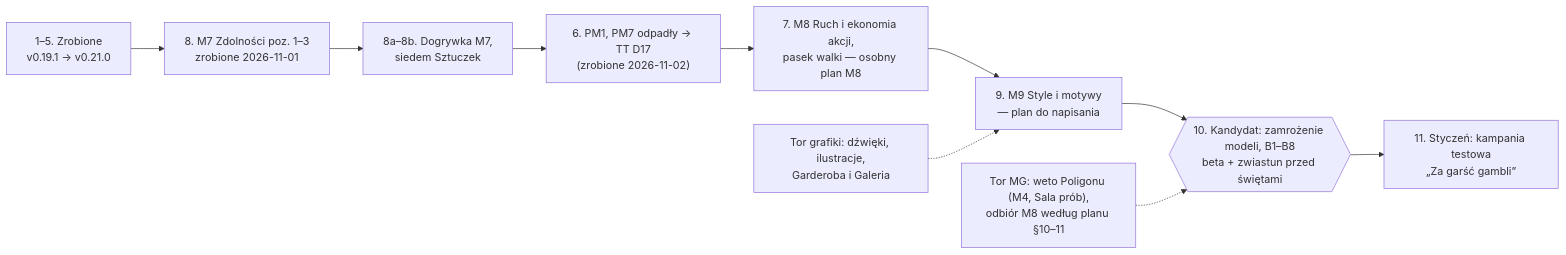
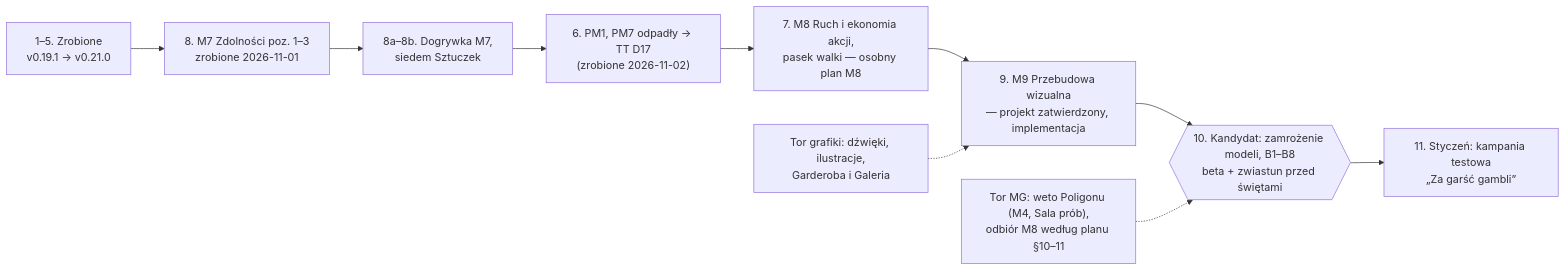
Before and after one commit to jjanisze/FVTT-NOE: the first of 2 diagrams in PLAN_beta.md, drawn with Mermaid. The commit also changed other lines of this file and 3 other files, not shown here.

````diff
--- a/PLAN_beta.md
+++ b/PLAN_beta.md
@@ -54,12 +55,12 @@
 ```mermaid
 flowchart LR
   DONE["1–5. Zrobione<br/>v0.19.1 → v0.21.0"] --> M7["8. M7 Zdolności poz. 1–3<br/>zrobione 2026-11-01"]
   M7 --> M7B["8a–8b. Dogrywka M7,<br/>siedem Sztuczek"]
   M7B --> PM["6. PM1, PM7 odpadły → TT D17<br/>(zrobione 2026-11-02)"]
   PM --> RU["7. M8 Ruch i ekonomia akcji,<br/>pasek walki — osobny plan M8"]
-  RU --> ST["9. M9 Style i motywy<br/>— plan do napisania"]
+  RU --> ST["9. M9 Przebudowa wizualna<br/>— projekt zatwierdzony, implementacja"]
   ST --> RC{{"10. Kandydat: zamrożenie modeli, B1–B8<br/>beta + zwiastun przed świętami"}}
   RC --> GG["11. Styczeń: kampania testowa<br/>„Za garść gambli”"]
   MG["Tor MG: weto Poligonu (M4, Sala prób),<br/>odbiór M8 według planu §10–11"] -.-> RC
   ART["Tor grafiki: dźwięki, ilustracje,<br/>Garderoba i Galeria"] -.-> ST
 ```
````
